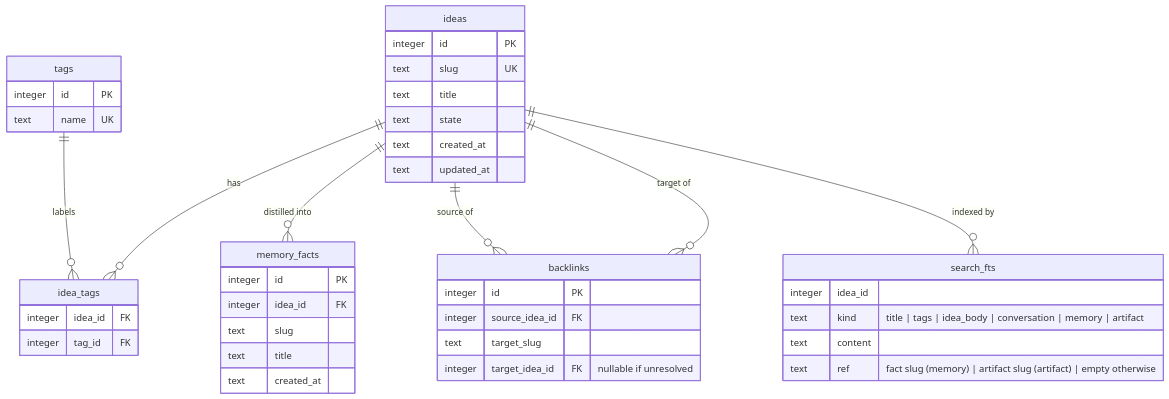
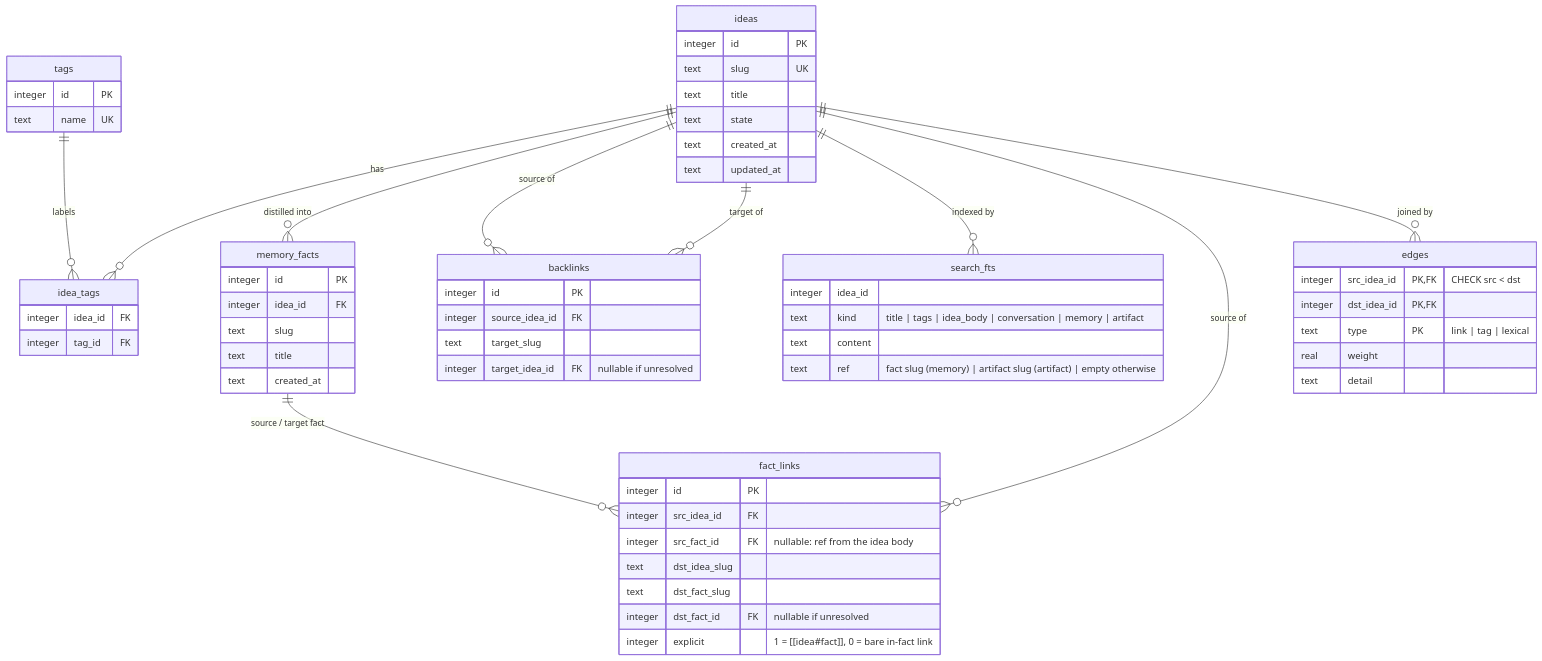
One commit to jasdian/idea-vault changed the third of 5 diagrams in docs/03-data-model.md. Above: the diagram before and after it, drawn with Mermaid. The commit also changed other lines of this file and 11 other files, not shown here.

Commit message:
docs(data-model): fact_links, edges, related block and panel in the design docs

````diff
--- a/docs/03-data-model.md
+++ b/docs/03-data-model.md
@@ -255,45 +259,64 @@
 ```mermaid
 erDiagram
     ideas ||--o{ idea_tags : has
     tags  ||--o{ idea_tags : labels
     ideas ||--o{ memory_facts : "distilled into"
     ideas ||--o{ backlinks : "source of"
     ideas ||--o{ backlinks : "target of"
     ideas ||--o{ search_fts : "indexed by"
+    ideas ||--o{ fact_links : "source of"
+    memory_facts ||--o{ fact_links : "source / target fact"
+    ideas ||--o{ edges : "joined by"
 
     ideas {
         integer id PK
         text slug UK
         text title
         text state
         text created_at
         text updated_at
     }
     tags {
         integer id PK
         text name UK
     }
     idea_tags {
         integer idea_id FK
         integer tag_id FK
     }
     memory_facts {
         integer id PK
         integer idea_id FK
         text slug
         text title
         text created_at
     }
     backlinks {
         integer id PK
         integer source_idea_id FK
         text target_slug
         integer target_idea_id FK "nullable if unresolved"
     }
+    fact_links {
+        integer id PK
+        integer src_idea_id FK
+        integer src_fact_id FK "nullable: ref from the idea body"
+        text dst_idea_slug
+        text dst_fact_slug
+        integer dst_fact_id FK "nullable if unresolved"
+        integer explicit "1 = [[idea#fact]], 0 = bare in-fact link"
+    }
+    edges {
+        integer src_idea_id PK, FK "CHECK src < dst"
+        integer dst_idea_id PK, FK
+        text type PK "link | tag | lexical"
+        real weight
+        text detail
+    }
     search_fts {
         integer idea_id
         text kind "title | tags | idea_body | conversation | memory | artifact"
         text content
         text ref "fact slug (memory) | artifact slug (artifact) | empty otherwise"
     }
 ```
````
